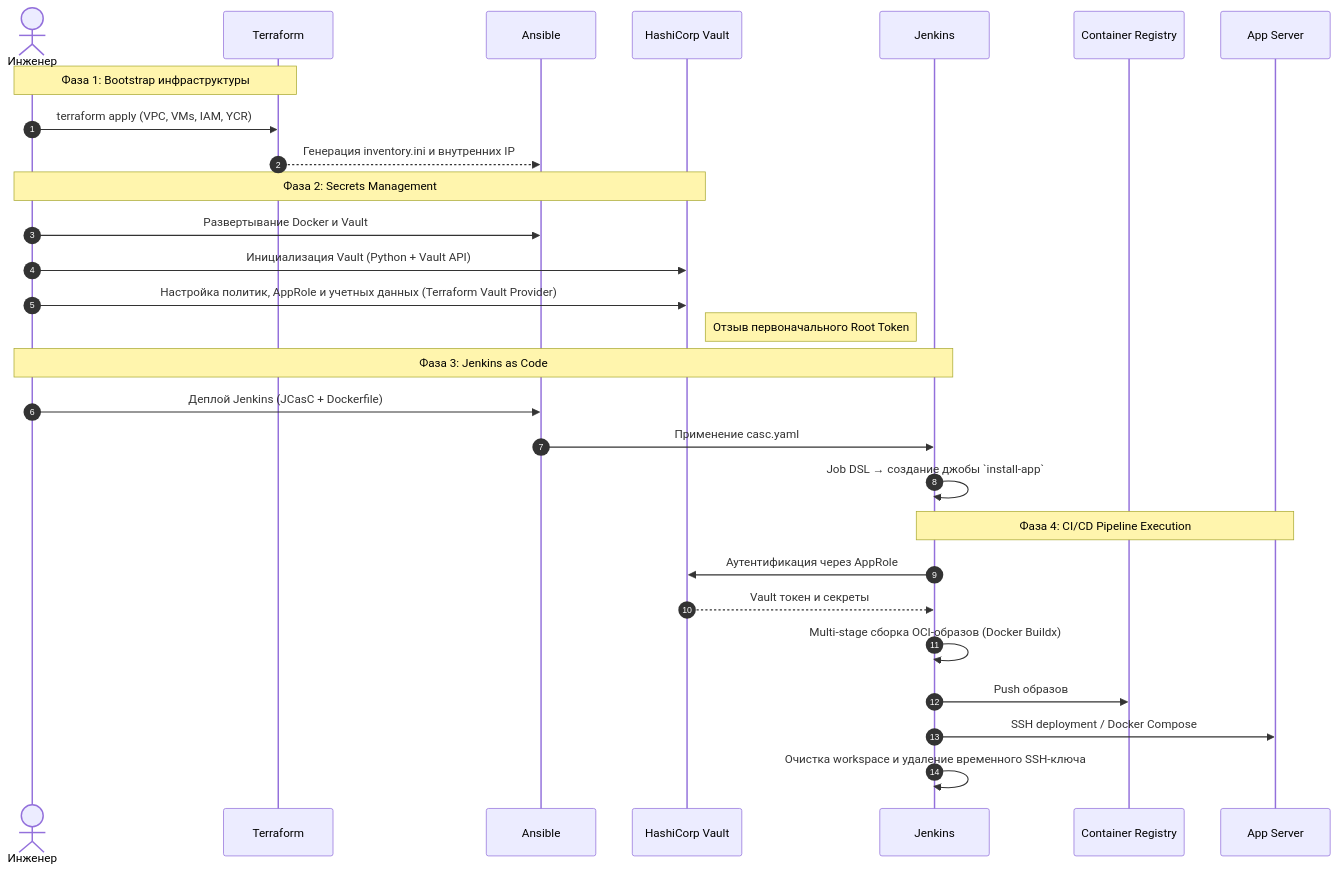
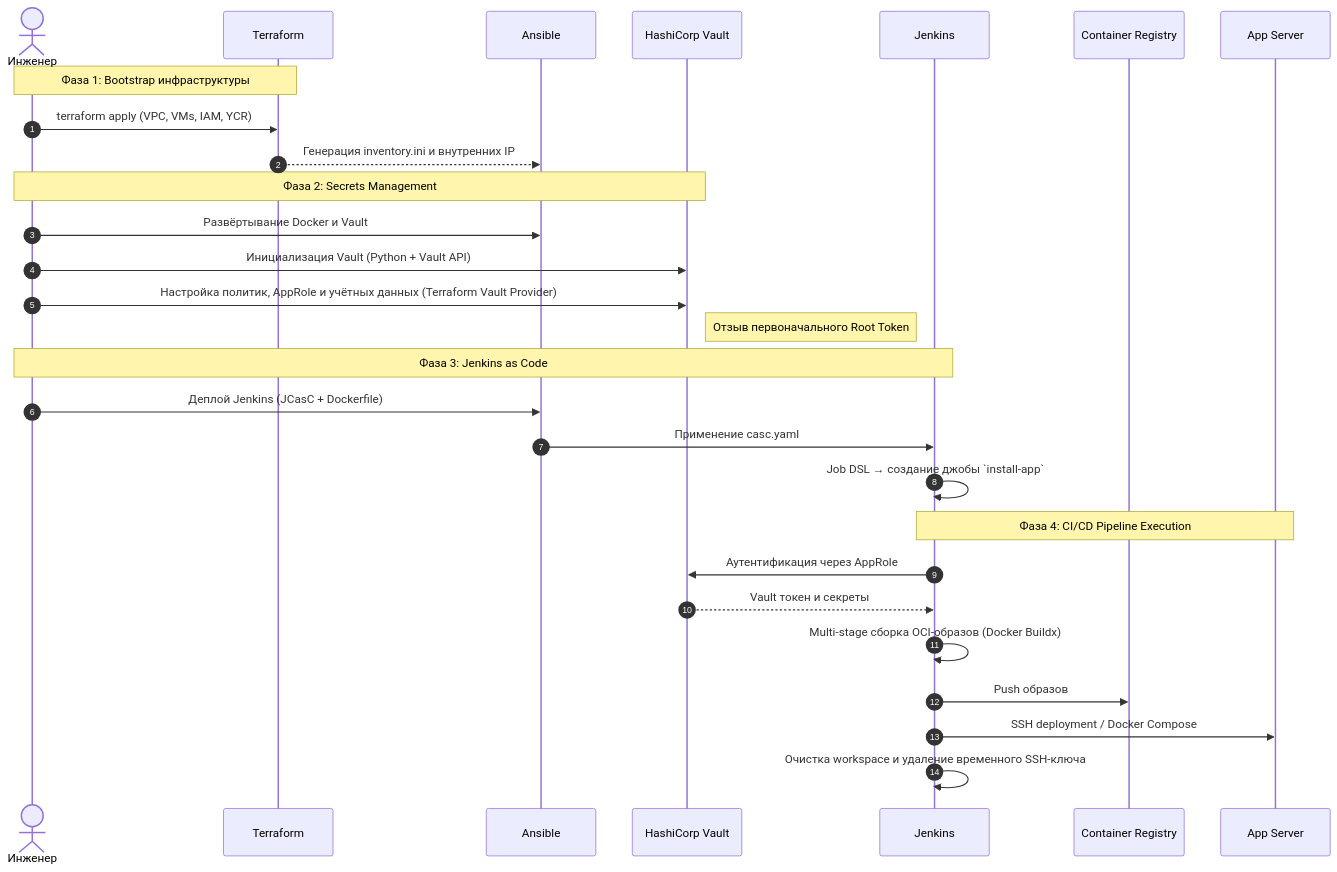
Before and after one commit to h0ttab/devops-cloud-project: the second of 2 diagrams in README.md, drawn with Mermaid. The commit also changed other lines of this file and 1 other file, not shown here.

````diff
--- a/README.md
+++ b/README.md
@@ -114,42 +122,42 @@
 ```mermaid
 sequenceDiagram
 
     autonumber
 
     actor Admin as Инженер
     participant TF as Terraform
     participant Ans as Ansible
     participant V as HashiCorp Vault
     participant J as Jenkins
     participant YCR as Container Registry
     participant App as App Server
 
     Note over Admin,TF: Фаза 1: Bootstrap инфраструктуры
 
     Admin->>TF: terraform apply (VPC, VMs, IAM, YCR)
     TF-->>Ans: Генерация inventory.ini и внутренних IP
 
     Note over Admin,V: Фаза 2: Secrets Management
 
-    Admin->>Ans: Развертывание Docker и Vault
+    Admin->>Ans: Развёртывание Docker и Vault
     Admin->>V: Инициализация Vault (Python + Vault API)
-    Admin->>V: Настройка политик, AppRole и учетных данных (Terraform Vault Provider)
+    Admin->>V: Настройка политик, AppRole и учётных данных (Terraform Vault Provider)
 
     Note right of V: Отзыв первоначального Root Token
 
     Note over Admin,J: Фаза 3: Jenkins as Code
 
     Admin->>Ans: Деплой Jenkins (JCasC + Dockerfile)
     Ans->>J: Применение casc.yaml
     J->>J: Job DSL → создание джобы `install-app`
 
     Note over J,App: Фаза 4: CI/CD Pipeline Execution
 
     J->>V: Аутентификация через AppRole
     V-->>J: Vault токен и секреты
 
     J->>J: Multi-stage сборка OCI-образов (Docker Buildx)
     J->>YCR: Push образов
     J->>App: SSH deployment / Docker Compose
     J->>J: Очистка workspace и удаление временного SSH-ключа
 ```
````
